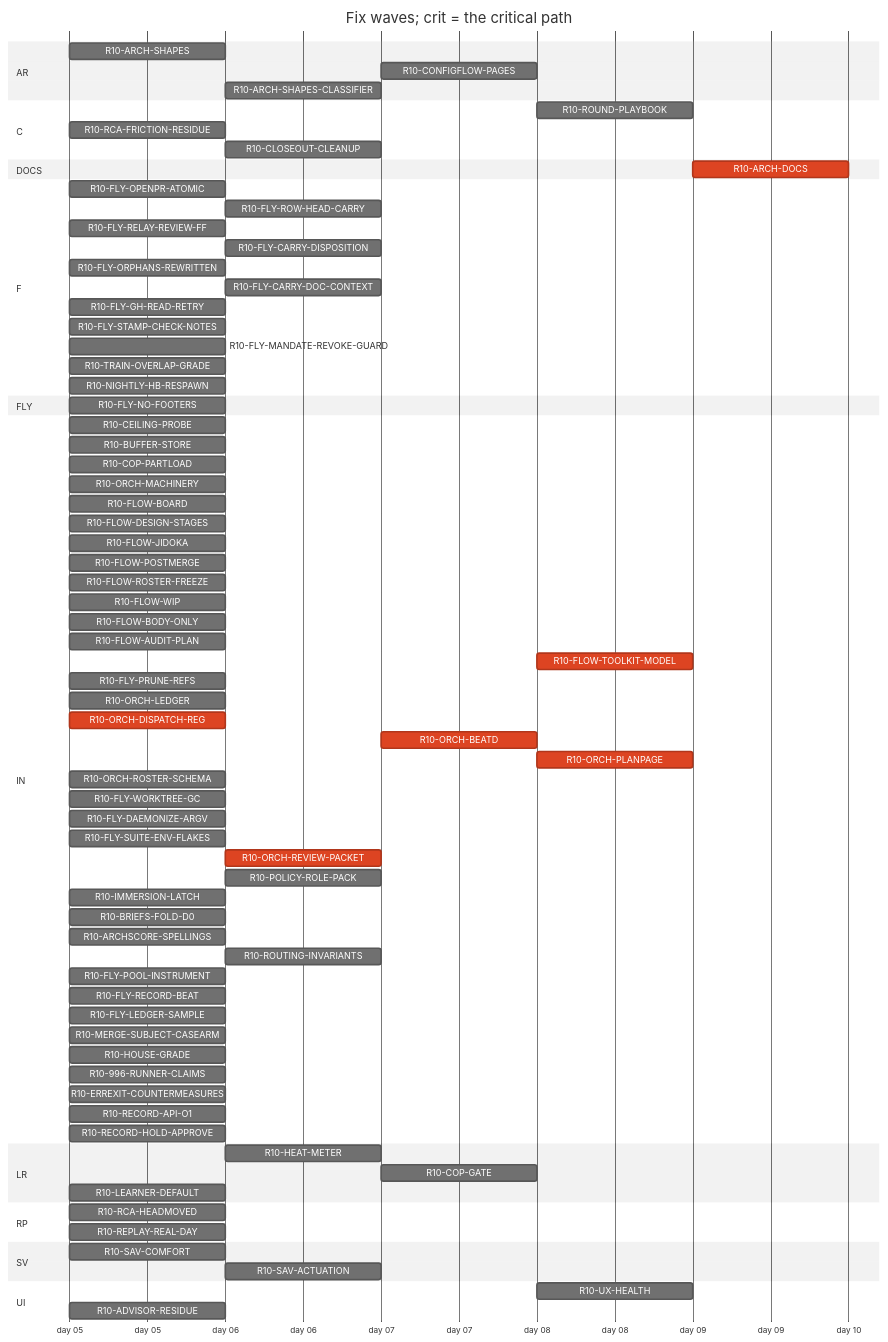
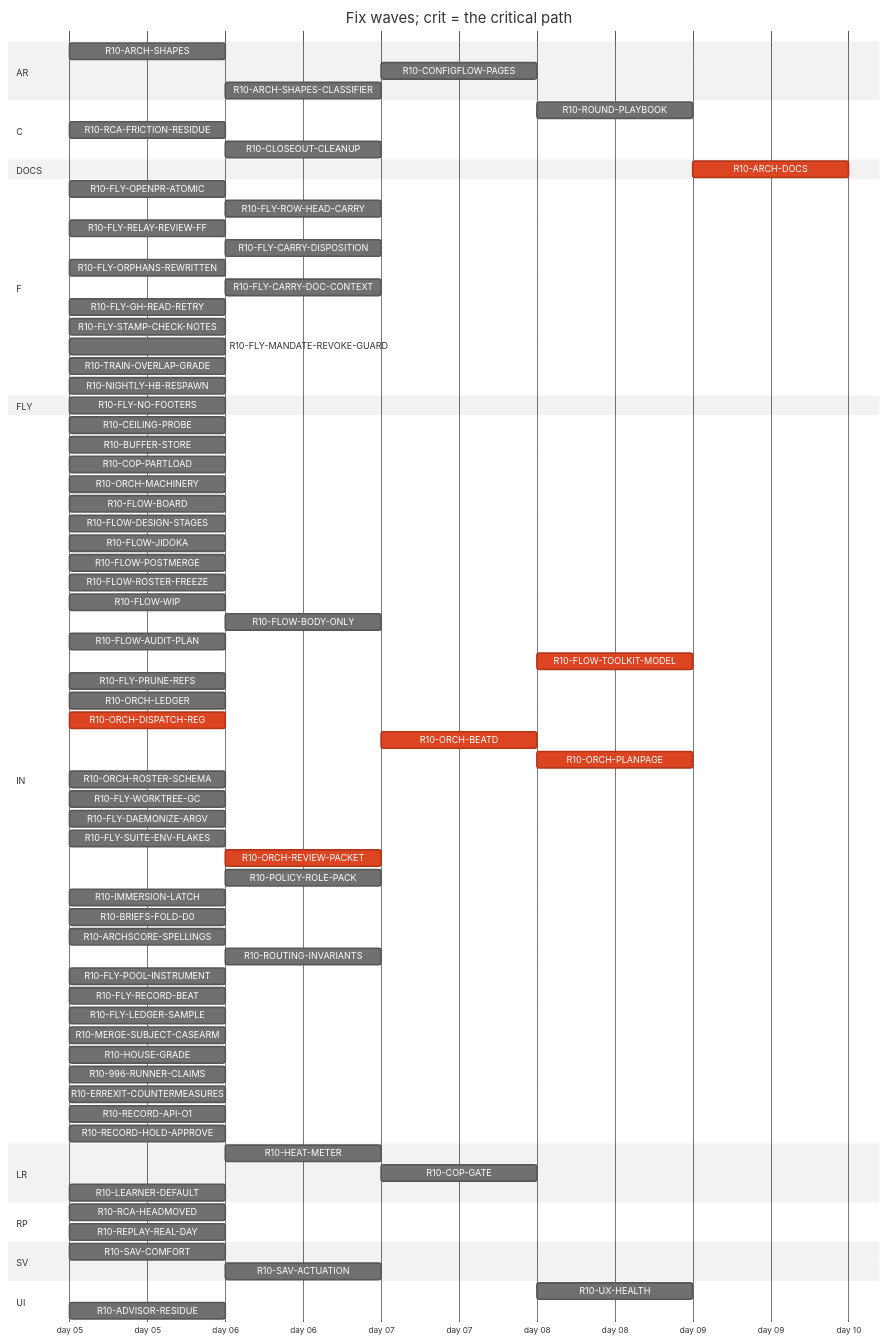
One commit to tvofi/heatpump_optimizer changed the diagram in handoff/round10/state/PLAN-TABLE.md. Above: the diagram before and after it, drawn with Mermaid (neutral theme). The commit also changed other lines of this file and 2 other files, not shown here.

````diff
--- a/handoff/round10/state/PLAN-TABLE.md
+++ b/handoff/round10/state/PLAN-TABLE.md
@@ -23,81 +23,81 @@
 ```mermaid
 gantt
   title Fix waves; crit = the critical path
   dateFormat YYYY-MM-DD
   axisFormat day %d
   section AR
     R10-ARCH-SHAPES :r10ARCHSHAPES, 2026-01-05, 1d
     R10-CONFIGFLOW-PAGES :r10CONFIGFLOWPAGES, after r10HEATMETER, 1d
     R10-ARCH-SHAPES-CLASSIFIER :r10ARCHSHAPESCLASSIFIER, after r10996RUNNERCLAIMS r10ARCHSHAPES, 1d
   section C
     R10-ROUND-PLAYBOOK :r10ROUNDPLAYBOOK, after r10FLOWAUDITPLAN r10ORCHLEDGER r10ORCHDISPATCHREG r10ORCHBEATD r10ORCHPLANPAGE r10FLYRELAYREVIEWFF r10FLOWROSTERFREEZE r10FLOWBODYONLY, 1d
     R10-RCA-FRICTION-RESIDUE :r10RCAFRICTIONRESIDUE, 2026-01-05, 1d
     R10-CLOSEOUT-CLEANUP :r10CLOSEOUTCLEANUP, after r10FLYPRUNEREFS r10FLYWORKTREEGC, 1d
   section DOCS
     R10-ARCH-DOCS :crit, r10ARCHDOCS, after r10ARCHSHAPES r10HEATMETER r10COPGATE r10UXHEALTH r10CONFIGFLOWPAGES r10RCAHEADMOVED r10SAVCOMFORT r10CEILINGPROBE r10BUFFERSTORE r10COPPARTLOAD r10LEARNERDEFAULT r10FLOWBOARD r10FLOWDESIGNSTAGES r10FLOWJIDOKA r10FLOWPOSTMERGE r10FLOWROSTERFREEZE r10FLOWWIP r10FLOWBODYONLY r10FLYOPENPRATOMIC r10FLYROWHEADCARRY r10FLOWAUDITPLAN r10FLYRELAYREVIEWFF r10FLYCARRYDISPOSITION r10FLYORPHANSREWRITTEN r10FLYCARRYDOCCONTEXT r10FLOWTOOLKITMODEL r10FLYSTAMPCHECKNOTES r10FLYMANDATEREVOKEGUARD r10RCAFRICTIONRESIDUE r10TRAINOVERLAPGRADE r10NIGHTLYHBRESPAWN r10FLYPRUNEREFS r10ORCHLEDGER r10ORCHDISPATCHREG r10ORCHBEATD r10ORCHPLANPAGE r10ORCHROSTERSCHEMA r10FLYWORKTREEGC r10FLYDAEMONIZEARGV r10ORCHREVIEWPACKET r10POLICYROLEPACK r10IMMERSIONLATCH r10ADVISORRESIDUE r10BRIEFSFOLDD0 r10REPLAYREALDAY r10ARCHSCORESPELLINGS r10SAVACTUATION r10FLYLEDGERSAMPLE, 1d
   section F
     R10-FLY-OPENPR-ATOMIC :r10FLYOPENPRATOMIC, 2026-01-05, 1d
     R10-FLY-ROW-HEAD-CARRY :r10FLYROWHEADCARRY, after r10FLYOPENPRATOMIC, 1d
     R10-FLY-RELAY-REVIEW-FF :r10FLYRELAYREVIEWFF, 2026-01-05, 1d
     R10-FLY-CARRY-DISPOSITION :r10FLYCARRYDISPOSITION, after r10FLYORPHANSREWRITTEN, 1d
     R10-FLY-ORPHANS-REWRITTEN :r10FLYORPHANSREWRITTEN, 2026-01-05, 1d
     R10-FLY-CARRY-DOC-CONTEXT :r10FLYCARRYDOCCONTEXT, after r10FLYGHREADRETRY, 1d
     R10-FLY-GH-READ-RETRY :r10FLYGHREADRETRY, 2026-01-05, 1d
     R10-FLY-STAMP-CHECK-NOTES :r10FLYSTAMPCHECKNOTES, 2026-01-05, 1d
     R10-FLY-MANDATE-REVOKE-GUARD :r10FLYMANDATEREVOKEGUARD, 2026-01-05, 1d
     R10-TRAIN-OVERLAP-GRADE :r10TRAINOVERLAPGRADE, 2026-01-05, 1d
     R10-NIGHTLY-HB-RESPAWN :r10NIGHTLYHBRESPAWN, 2026-01-05, 1d
   section FLY
     R10-FLY-NO-FOOTERS :r10FLYNOFOOTERS, 2026-01-05, 1d
   section IN
     R10-CEILING-PROBE :r10CEILINGPROBE, 2026-01-05, 1d
     R10-BUFFER-STORE :r10BUFFERSTORE, 2026-01-05, 1d
     R10-COP-PARTLOAD :r10COPPARTLOAD, 2026-01-05, 1d
     R10-ORCH-MACHINERY :r10ORCHMACHINERY, 2026-01-05, 1d
     R10-FLOW-BOARD :r10FLOWBOARD, 2026-01-05, 1d
     R10-FLOW-DESIGN-STAGES :r10FLOWDESIGNSTAGES, 2026-01-05, 1d
     R10-FLOW-JIDOKA :r10FLOWJIDOKA, 2026-01-05, 1d
     R10-FLOW-POSTMERGE :r10FLOWPOSTMERGE, 2026-01-05, 1d
     R10-FLOW-ROSTER-FREEZE :r10FLOWROSTERFREEZE, 2026-01-05, 1d
     R10-FLOW-WIP :r10FLOWWIP, 2026-01-05, 1d
-    R10-FLOW-BODY-ONLY :r10FLOWBODYONLY, 2026-01-05, 1d
+    R10-FLOW-BODY-ONLY :r10FLOWBODYONLY, after r10FLYOPENPRATOMIC, 1d
     R10-FLOW-AUDIT-PLAN :r10FLOWAUDITPLAN, 2026-01-05, 1d
     R10-FLOW-TOOLKIT-MODEL :crit, r10FLOWTOOLKITMODEL, after r10ORCHPLANPAGE, 1d
     R10-FLY-PRUNE-REFS :r10FLYPRUNEREFS, 2026-01-05, 1d
     R10-ORCH-LEDGER :r10ORCHLEDGER, 2026-01-05, 1d
     R10-ORCH-DISPATCH-REG :crit, r10ORCHDISPATCHREG, 2026-01-05, 1d
     R10-ORCH-BEATD :crit, r10ORCHBEATD, after r10ORCHDISPATCHREG r10ORCHREVIEWPACKET r10FLOWROSTERFREEZE, 1d
     R10-ORCH-PLANPAGE :crit, r10ORCHPLANPAGE, after r10ORCHBEATD, 1d
     R10-ORCH-ROSTER-SCHEMA :r10ORCHROSTERSCHEMA, 2026-01-05, 1d
     R10-FLY-WORKTREE-GC :r10FLYWORKTREEGC, 2026-01-05, 1d
     R10-FLY-DAEMONIZE-ARGV :r10FLYDAEMONIZEARGV, 2026-01-05, 1d
     R10-FLY-SUITE-ENV-FLAKES :r10FLYSUITEENVFLAKES, 2026-01-05, 1d
     R10-ORCH-REVIEW-PACKET :crit, r10ORCHREVIEWPACKET, after r10ORCHDISPATCHREG, 1d
     R10-POLICY-ROLE-PACK :r10POLICYROLEPACK, after r10FLOWDESIGNSTAGES, 1d
     R10-IMMERSION-LATCH :r10IMMERSIONLATCH, 2026-01-05, 1d
     R10-BRIEFS-FOLD-D0 :r10BRIEFSFOLDD0, 2026-01-05, 1d
     R10-ARCHSCORE-SPELLINGS :r10ARCHSCORESPELLINGS, 2026-01-05, 1d
     R10-ROUTING-INVARIANTS :r10ROUTINGINVARIANTS, after r10ORCHROSTERSCHEMA, 1d
     R10-FLY-POOL-INSTRUMENT :r10FLYPOOLINSTRUMENT, 2026-01-05, 1d
     R10-FLY-RECORD-BEAT :r10FLYRECORDBEAT, 2026-01-05, 1d
     R10-FLY-LEDGER-SAMPLE :r10FLYLEDGERSAMPLE, 2026-01-05, 1d
     R10-MERGE-SUBJECT-CASEARM :r10MERGESUBJECTCASEARM, 2026-01-05, 1d
     R10-HOUSE-GRADE :r10HOUSEGRADE, 2026-01-05, 1d
     R10-996-RUNNER-CLAIMS :r10996RUNNERCLAIMS, 2026-01-05, 1d
     R10-ERREXIT-COUNTERMEASURES :r10ERREXITCOUNTERMEASURES, 2026-01-05, 1d
     R10-RECORD-API-O1 :r10RECORDAPIO1, 2026-01-05, 1d
     R10-RECORD-HOLD-APPROVE :r10RECORDHOLDAPPROVE, 2026-01-05, 1d
   section LR
     R10-HEAT-METER :r10HEATMETER, after r10ARCHSHAPES, 1d
     R10-COP-GATE :r10COPGATE, after r10HEATMETER, 1d
     R10-LEARNER-DEFAULT :r10LEARNERDEFAULT, 2026-01-05, 1d
   section RP
     R10-RCA-HEADMOVED :r10RCAHEADMOVED, 2026-01-05, 1d
     R10-REPLAY-REAL-DAY :r10REPLAYREALDAY, 2026-01-05, 1d
   section SV
     R10-SAV-COMFORT :r10SAVCOMFORT, 2026-01-05, 1d
     R10-SAV-ACTUATION :r10SAVACTUATION, after r10SAVCOMFORT, 1d
   section UI
     R10-UX-HEALTH :r10UXHEALTH, after r10COPGATE r10HEATMETER, 1d
     R10-ADVISOR-RESIDUE :r10ADVISORRESIDUE, 2026-01-05, 1d
 ```
````
